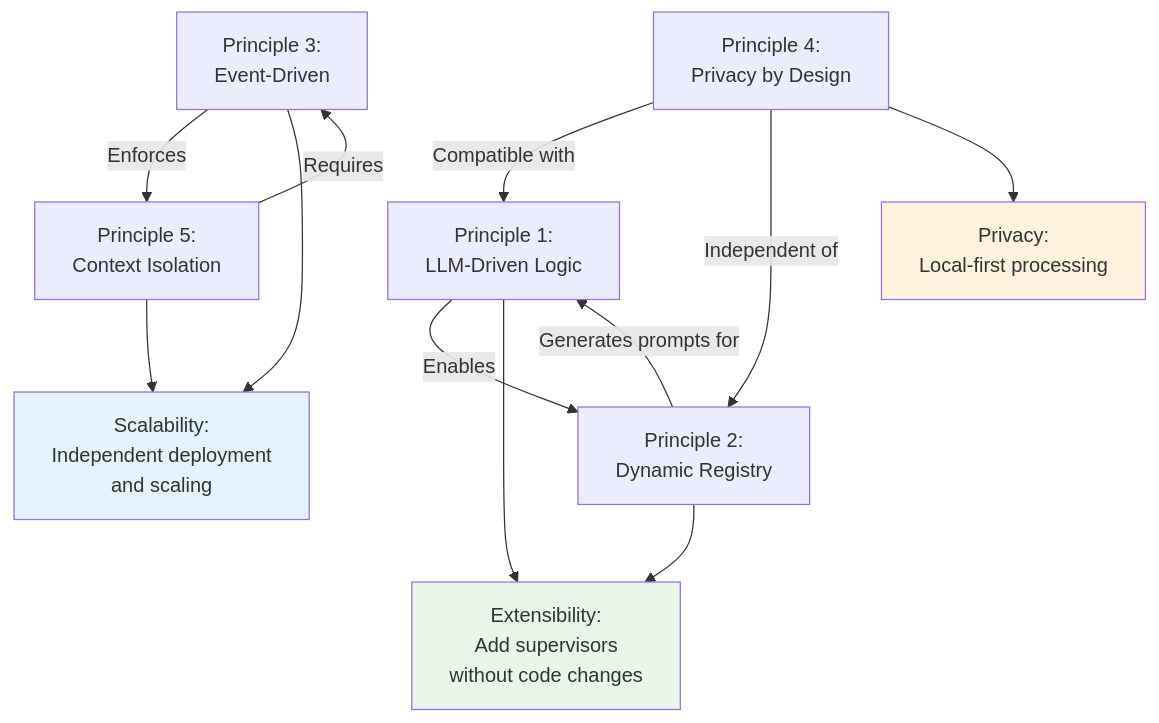
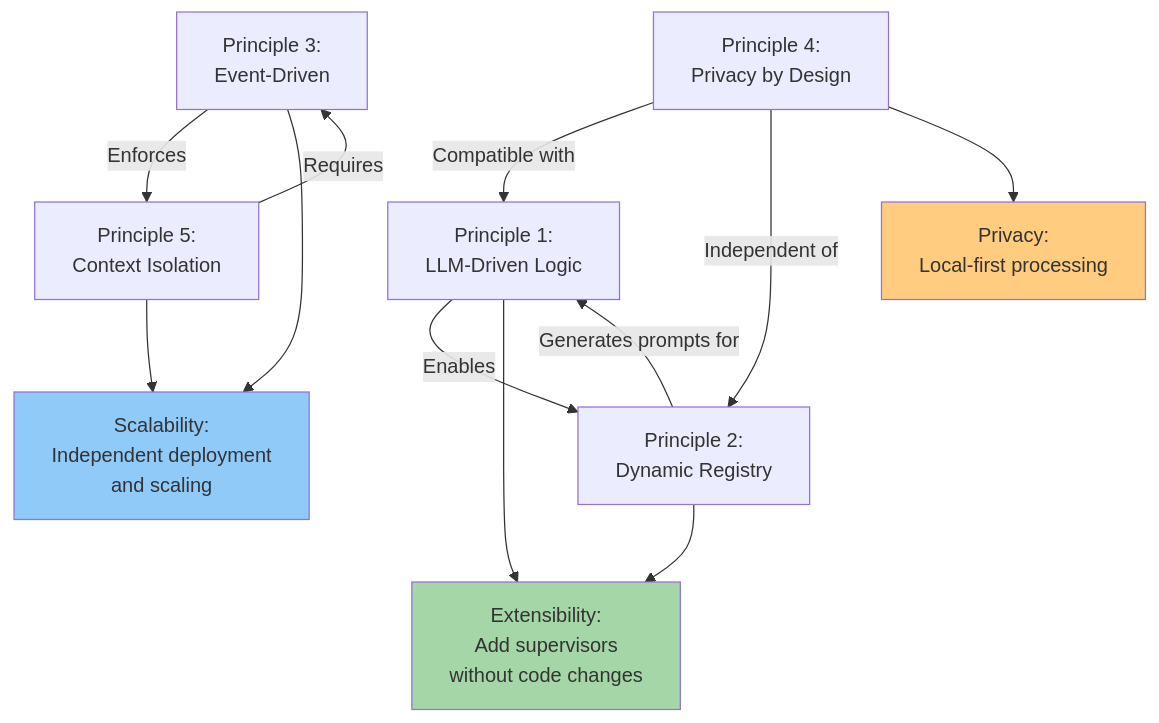
The eighth of 8 diagrams in docs/solution-architecture/02-architecture-principles.md (y-core-engineering/fidus), drawn with Mermaid before and after one commit. The commit also changed other lines of this file and 26 other files, not shown here.

First line of the commit message:
feat: add comprehensive UX/UI design docs and Mermaid validation (#6)

````diff
--- a/docs/solution-architecture/02-architecture-principles.md
+++ b/docs/solution-architecture/02-architecture-principles.md
@@ -1204,23 +1204,23 @@
 ```mermaid
 graph TB
     P1[Principle 1:<br/>LLM-Driven Logic]
     P2[Principle 2:<br/>Dynamic Registry]
     P3[Principle 3:<br/>Event-Driven]
     P4[Principle 4:<br/>Privacy by Design]
     P5[Principle 5:<br/>Context Isolation]
 
     P1 -->|Enables| P2
     P2 -->|Generates prompts for| P1
     P5 -->|Requires| P3
     P3 -->|Enforces| P5
     P4 -->|Compatible with| P1
     P4 -->|Independent of| P2
 
     P1 & P2 --> Benefit1[Extensibility:<br/>Add supervisors<br/>without code changes]
     P3 & P5 --> Benefit2[Scalability:<br/>Independent deployment<br/>and scaling]
     P4 --> Benefit3[Privacy:<br/>Local-first processing]
 
-    style Benefit1 fill:#e8f5e9
-    style Benefit2 fill:#e3f2fd
-    style Benefit3 fill:#fff3e0
+    style Benefit1 fill:#a5d6a7
+    style Benefit2 fill:#90caf9
+    style Benefit3 fill:#ffcc80
 ```
````
